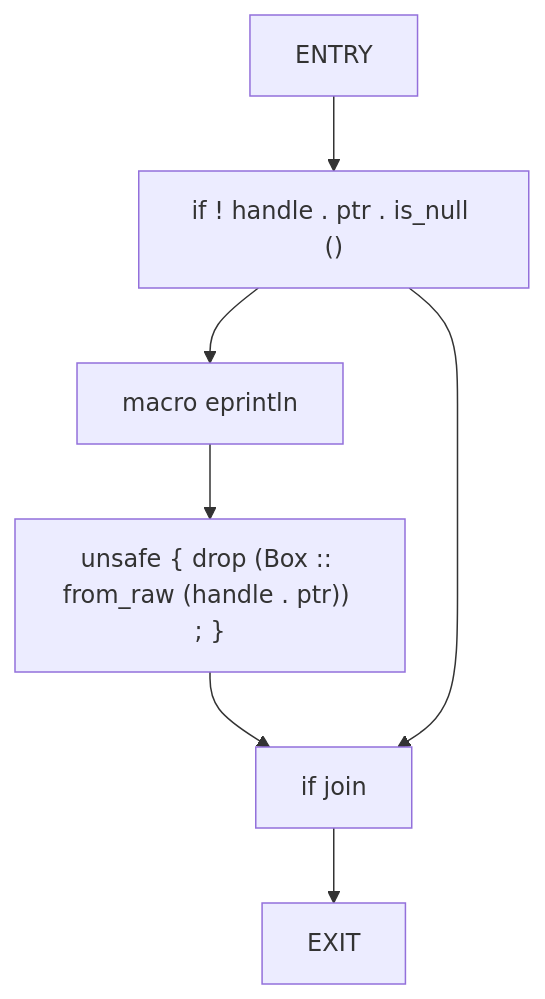
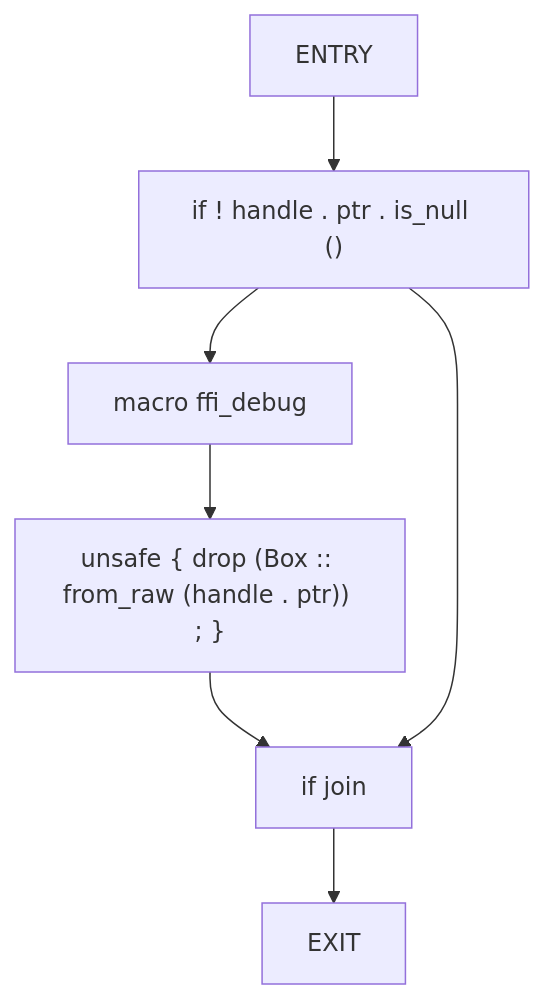
The fifth of 54 diagrams in docs/analysis/cfg/080-src-ffi_rs.md (cicero-violate/MMSB), drawn with Mermaid before and after one commit. The commit also changed other lines of this file and 75 other files, not shown here.

````diff
--- a/docs/analysis/cfg/080-src-ffi_rs.md
+++ b/docs/analysis/cfg/080-src-ffi_rs.md
@@ -170,15 +170,15 @@
 ```mermaid
 flowchart TD
     mmsb_allocator_free_0["ENTRY"]
     mmsb_allocator_free_1["if ! handle . ptr . is_null ()"]
-    mmsb_allocator_free_2["macro eprintln"]
+    mmsb_allocator_free_2["macro ffi_debug"]
     mmsb_allocator_free_3["unsafe { drop (Box :: from_raw (handle . ptr)) ; }"]
     mmsb_allocator_free_4["if join"]
     mmsb_allocator_free_5["EXIT"]
     mmsb_allocator_free_0 --> mmsb_allocator_free_1
     mmsb_allocator_free_1 --> mmsb_allocator_free_2
     mmsb_allocator_free_2 --> mmsb_allocator_free_3
     mmsb_allocator_free_3 --> mmsb_allocator_free_4
     mmsb_allocator_free_1 --> mmsb_allocator_free_4
     mmsb_allocator_free_4 --> mmsb_allocator_free_5
 ```
````
